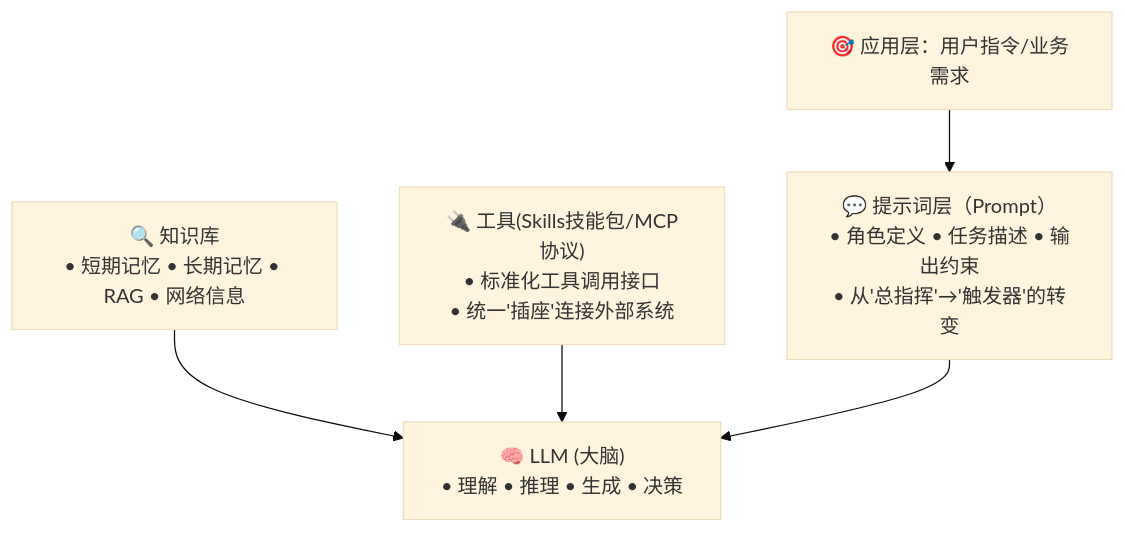
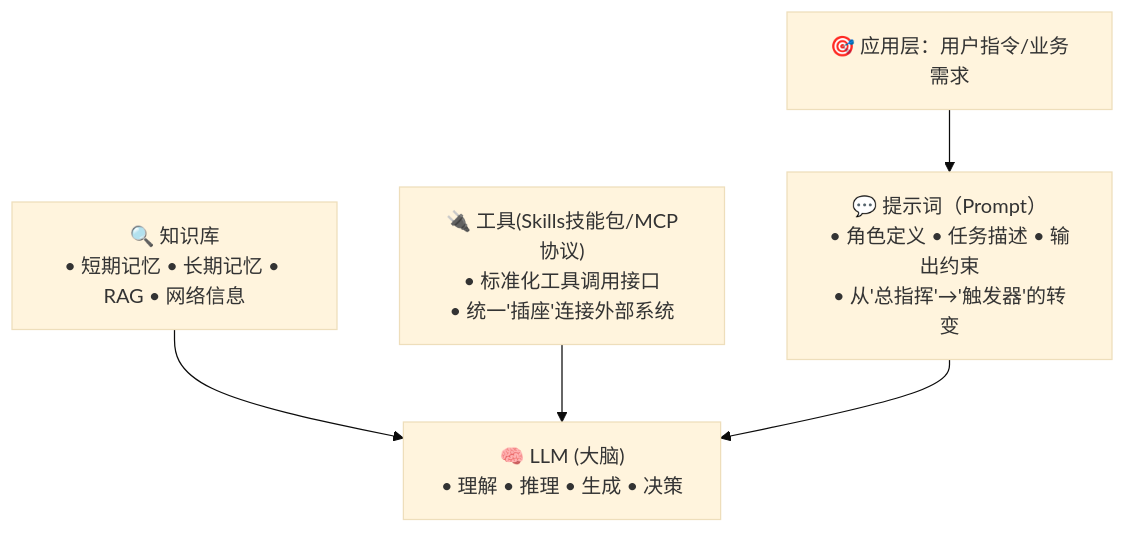
Before and after one commit to wb04307201/wb04307201: the first of 4 diagrams in note/11.ai/training/lession1/README.md, drawn with Mermaid (base theme). The commit also changed other lines of this file, not shown here.

````diff
--- a/note/11.ai/training/lession1/README.md
+++ b/note/11.ai/training/lession1/README.md
@@ -14,16 +14,16 @@
 ```mermaid
 graph TD
     A["🎯 应用层：用户指令/业务需求"]
     
-    B1["💬 提示词层（Prompt）<br/>• 角色定义 • 任务描述 • 输出约束<br/>• 从'总指挥'→'触发器'的转变"]
+    B1["💬 提示词（Prompt）<br/>• 角色定义 • 任务描述 • 输出约束<br/>• 从'总指挥'→'触发器'的转变"]
     
     B2["🔍 知识库<br/>• 短期记忆 • 长期记忆 • RAG • 网络信息"]
     B3["🔌 工具(Skills技能包/MCP协议)<br/>• 标准化工具调用接口<br/>• 统一'插座'连接外部系统"]
     
     C["🧠 LLM (大脑)<br/>• 理解 • 推理 • 生成 • 决策"]
     
     A --> B1
     B2 --> C
     B3 --> C
     B1 --> C
 ```
````
